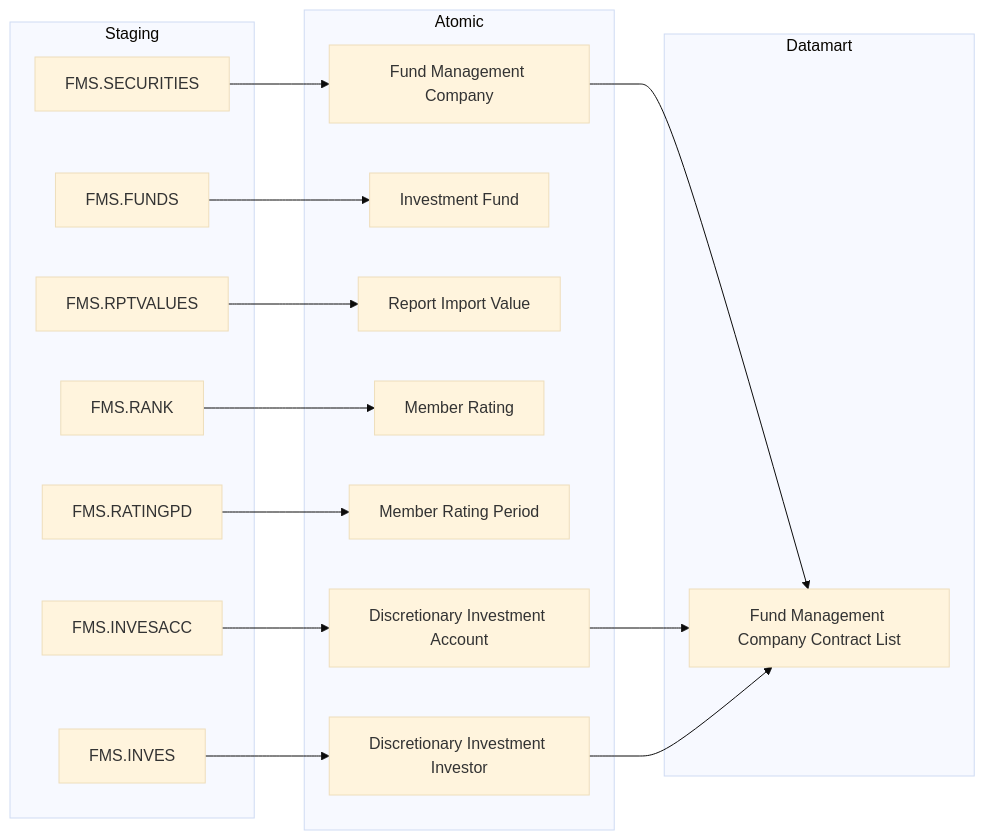
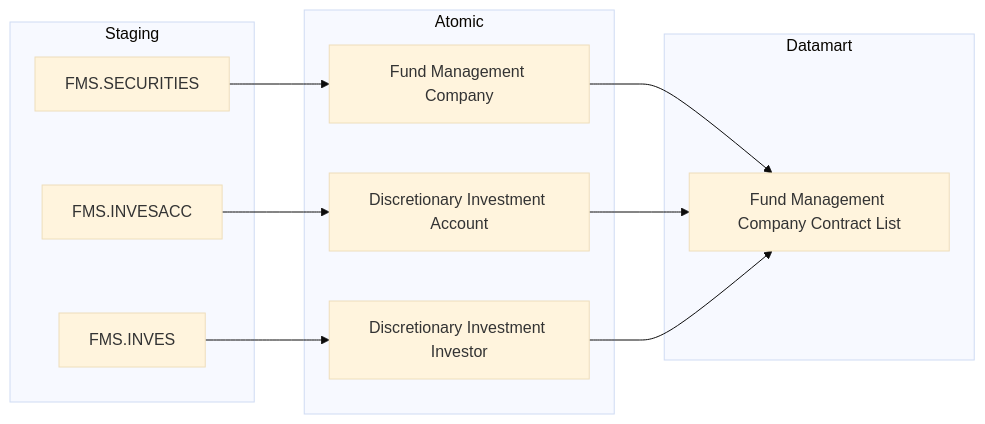
One commit to linhlvit/ubck_atomic_design changed the fifth of 11 diagrams in docs/output/datamart/FMS/DTM_FMS_PTTK.md. Above: the diagram before and after it, drawn with Mermaid (base theme). The commit also changed other lines of this file and 11 other files, not shown here.

````diff
--- a/docs/output/datamart/FMS/DTM_FMS_PTTK.md
+++ b/docs/output/datamart/FMS/DTM_FMS_PTTK.md
@@ -255,38 +227,26 @@
 ```mermaid
 flowchart LR
     subgraph Staging
         S1["FMS.SECURITIES"]
-        S2["FMS.FUNDS"]
-        S4["FMS.RPTVALUES"]
-        S5["FMS.RANK"]
-        S6["FMS.RATINGPD"]
         S7["FMS.INVESACC"]
         S8["FMS.INVES"]
     end
 
     subgraph Atomic
         SV1["Fund Management Company"]
-        SV2["Investment Fund"]
-        SV4["Report Import Value"]
-        SV5["Member Rating"]
-        SV6["Member Rating Period"]
         SV7["Discretionary Investment Account"]
         SV8["Discretionary Investment Investor"]
     end
 
     subgraph Datamart
         G3["Fund Management Company Contract List"]
     end
 
     S1 --> SV1
-    S2 --> SV2
-    S4 --> SV4
-    S5 --> SV5
-    S6 --> SV6
     S7 --> SV7
     S8 --> SV8
 
     SV1 --> G3
     SV7 --> G3
     SV8 --> G3
 ```
````
